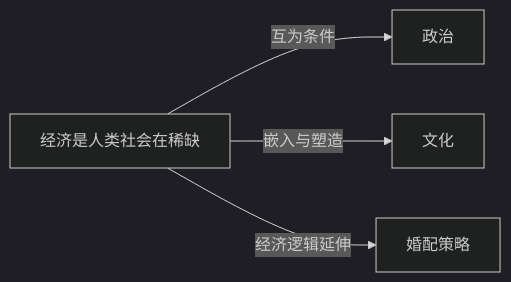
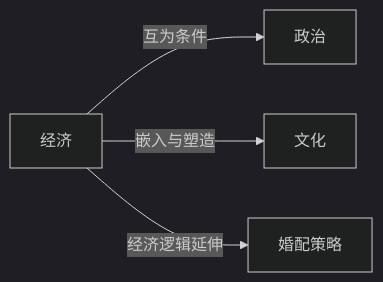
The diagram in Knowledge/Concepts/经济/经济.md (KIMMCHOW/MyKnowledge), drawn with Mermaid (dark theme) before and after one commit. The commit also changed 96 other files, not shown here.

Commit message:
fix: 修复概念页关系图节点并补齐缺失关联

````diff
--- a/Knowledge/Concepts/经济/经济.md
+++ b/Knowledge/Concepts/经济/经济.md
@@ -40,6 +40,6 @@
 ```mermaid
 graph LR
-    经济是人类社会在稀缺 -->|互为条件| 政治
-    经济是人类社会在稀缺 -->|嵌入与塑造| 文化
-    经济是人类社会在稀缺 -->|经济逻辑延伸| 婚配策略
+经济 -->|互为条件| 政治
+经济 -->|嵌入与塑造| 文化
+经济 -->|经济逻辑延伸| 婚配策略
 ```
````
